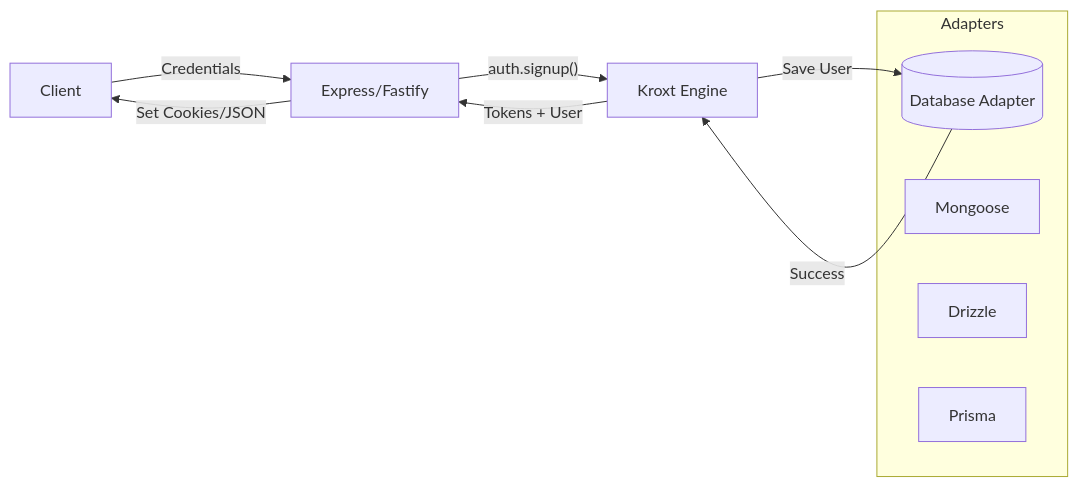
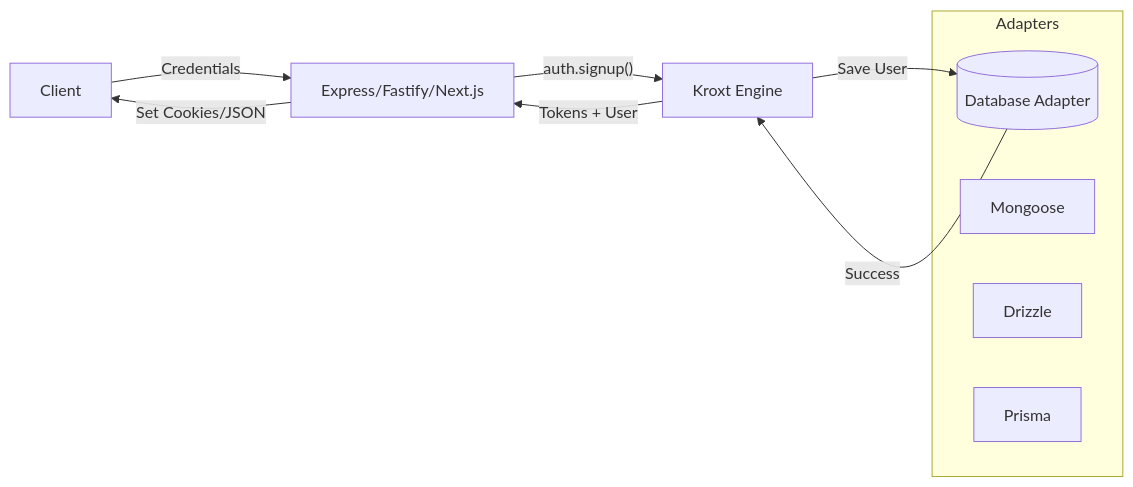
Before and after one commit to adepoju-oluwatobi/kroxt: the diagram in README.md, drawn with Mermaid. The commit also changed other lines of this file and 7 other files, not shown here.

````diff
--- a/README.md
+++ b/README.md
@@ -27,16 +44,16 @@
 ```mermaid
 graph LR
-    A[Client] -- "Credentials" --> B[Express/Fastify]
+    A[Client] -- "Credentials" --> B[Express/Fastify/Next.js]
     B -- "auth.signup()" --> C[Kroxt Engine]
     C -- "Save User" --> D[(Database Adapter)]
     D -- "Success" --> C
     C -- "Tokens + User" --> B
     B -- "Set Cookies/JSON" --> A
     
     subgraph Adapters
     D
     E[Mongoose]
     F[Drizzle]
     G[Prisma]
     end
 ```
````
